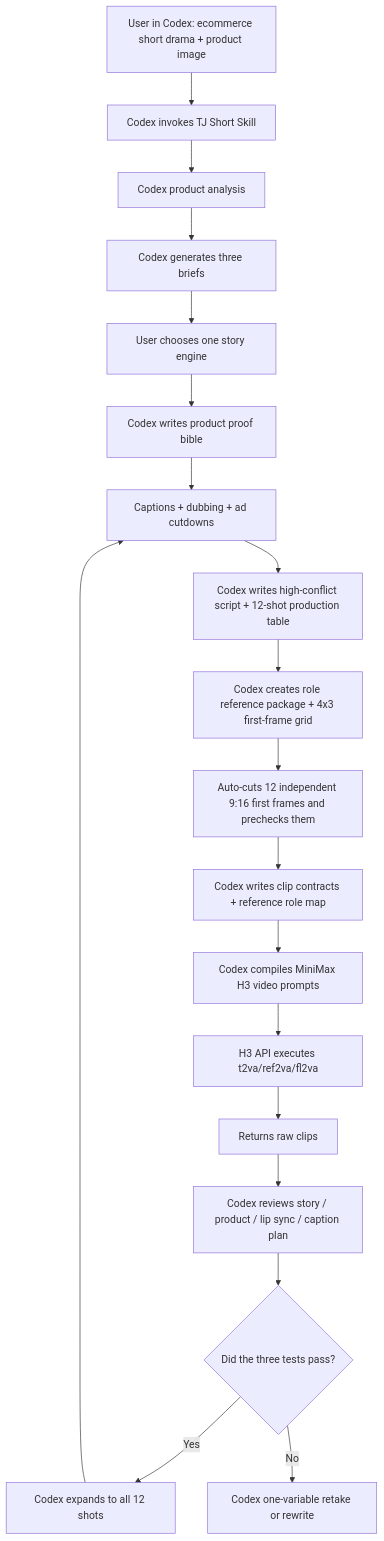
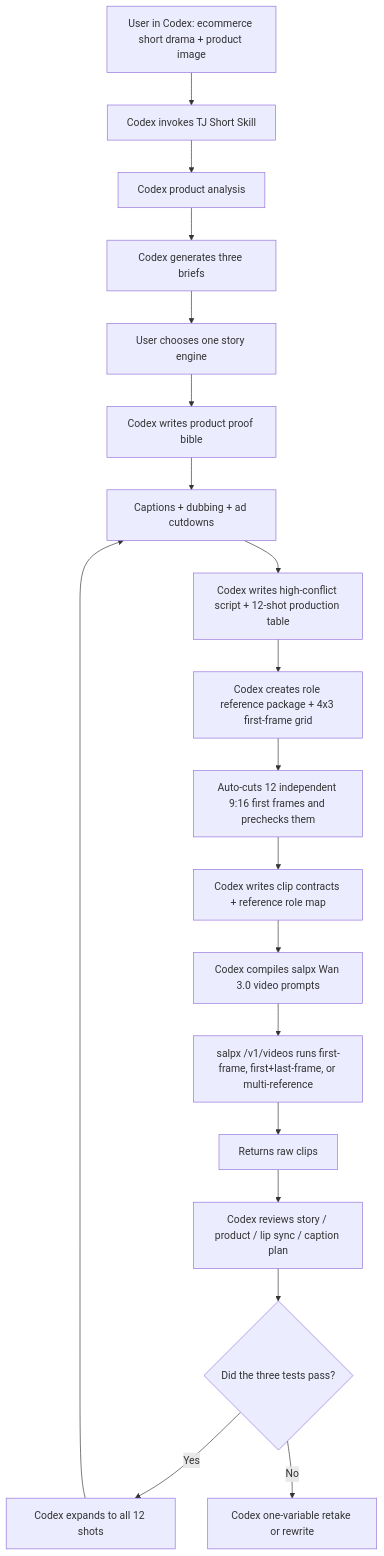
Before and after one commit to tttg2010/tj-short: the diagram in README.en.md, drawn with Mermaid. The commit also changed other lines of this file and 13 other files, not shown here.

First line of the commit message:
v0.9.0: migrate video layer to salpx Wan 3.0, retire MiniMax H3

````diff
--- a/README.en.md
+++ b/README.en.md
@@ -197,21 +197,21 @@
 ```mermaid
 flowchart TD
   A["User in Codex: ecommerce short drama + product image"] --> B["Codex invokes TJ Short Skill"]
   B --> C["Codex product analysis"]
   C --> D["Codex generates three briefs"]
   D --> E["User chooses one story engine"]
   E --> F["Codex writes product proof bible"]
   F --> R["Codex builds four libraries: role / scene / product-prop / evidence"]
   R --> G["Codex writes high-conflict script + 12-shot production table"]
   G --> H["Codex creates role reference package + 4x3 first-frame grid"]
   H --> I["Auto-cuts 12 independent 9:16 first frames and prechecks them"]
   I --> J["Codex writes clip contracts + reference role map"]
-  J --> K["Codex compiles MiniMax H3 video prompts"]
-  K --> L["H3 API executes t2va/ref2va/fl2va"]
+  J --> K["Codex compiles salpx Wan 3.0 video prompts"]
+  K --> L["salpx /v1/videos runs first-frame, first+last-frame, or multi-reference"]
   L --> M["Returns raw clips"]
   M --> N["Codex reviews story / product / lip sync / caption plan"]
   N --> O{"Did the three tests pass?"}
   O -- "Yes" --> P["Codex expands to all 12 shots"]
   O -- "No" --> Q["Codex one-variable retake or rewrite"]
   P --> R["Captions + dubbing + ad cutdowns"]
 ```
````
